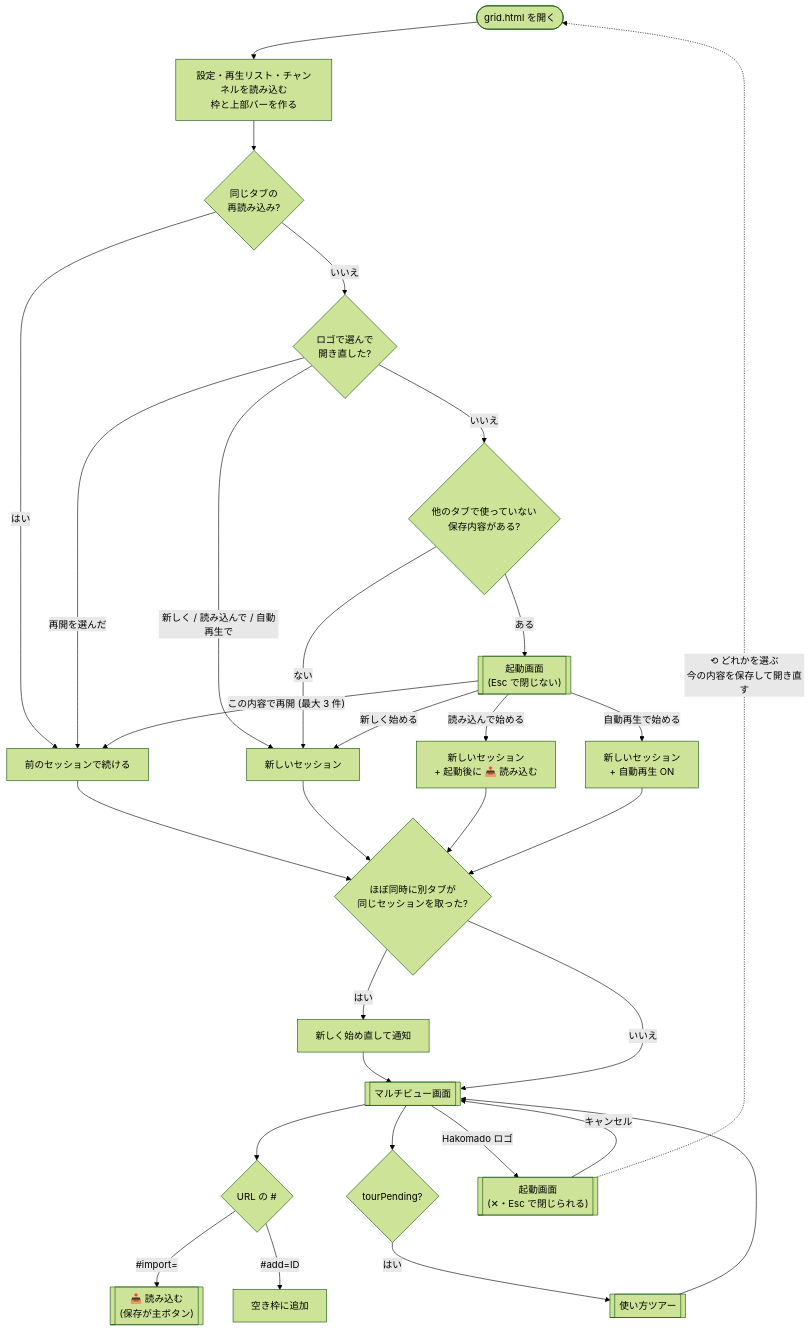
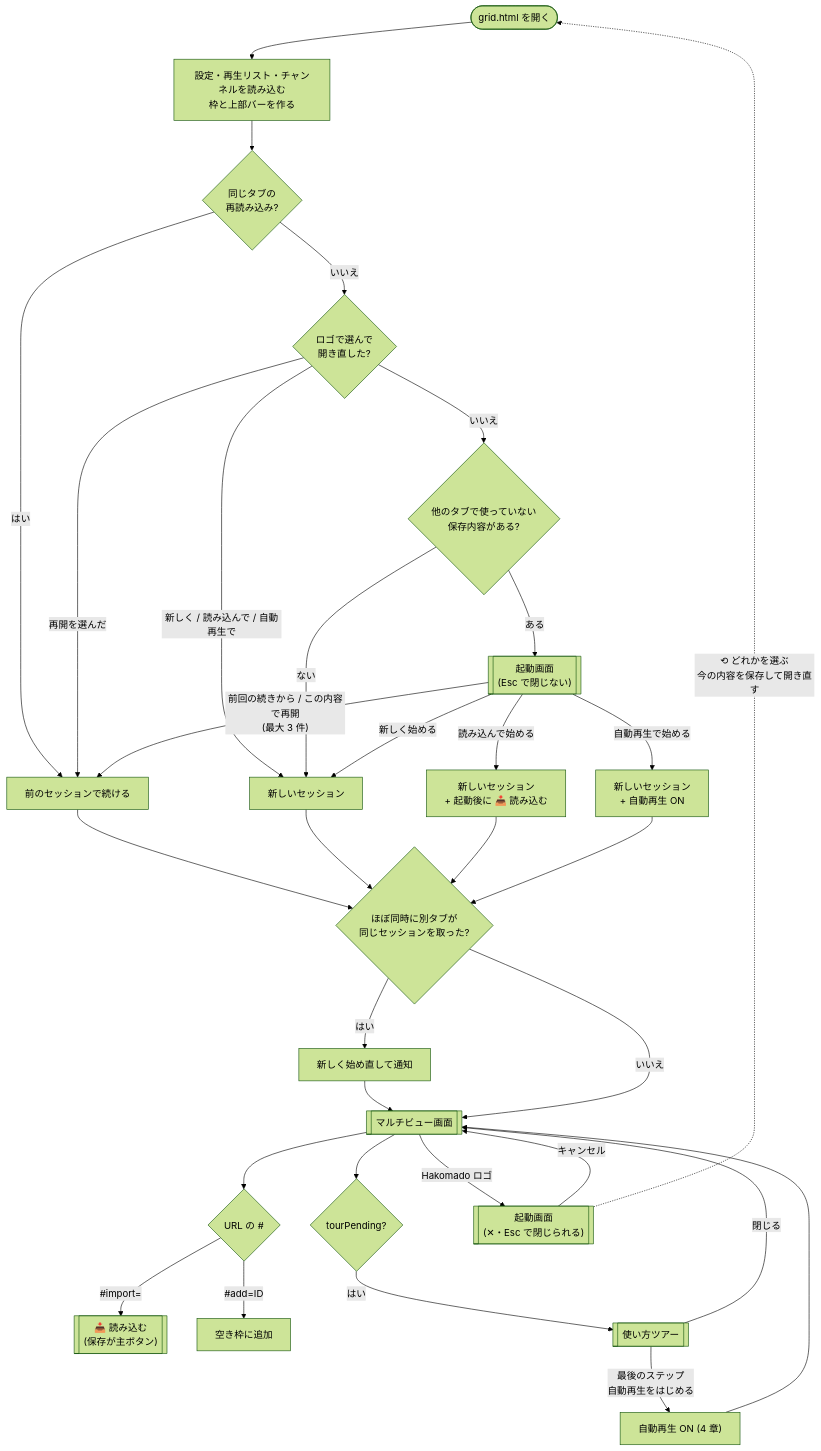
One commit to contee213/hakomado changed the second of 5 diagrams in docs/screen-flow.md. Above: the diagram before and after it, drawn with Mermaid (forest theme). The commit also changed other lines of this file and 4 other files, not shown here.

Commit message:
docs: 画面遷移図と画面項目・状態表の食い違いを直す

````diff
--- a/docs/screen-flow.md
+++ b/docs/screen-flow.md
@@ -40,27 +40,29 @@
 ```mermaid
 flowchart TD
   S(["grid.html を開く"]) --> M["設定・再生リスト・チャンネルを読み込む<br>枠と上部バーを作る"]
   M --> R1{"同じタブの<br>再読み込み?"}
   R1 -- "はい" --> RES["前のセッションで続ける"]
   R1 -- "いいえ" --> R2{"ロゴで選んで<br>開き直した?"}
   R2 -- "再開を選んだ" --> RES
   R2 -- "新しく / 読み込んで / 自動再生で" --> NEW["新しいセッション"]
   R2 -- "いいえ" --> R3{"他のタブで使っていない<br>保存内容がある?"}
   R3 -- "ない" --> NEW
   R3 -- "ある" --> SD[["起動画面<br>(Esc で閉じない)"]]
-  SD -- "この内容で再開 (最大 3 件)" --> RES
+  SD -- "前回の続きから / この内容で再開<br>(最大 3 件)" --> RES
   SD -- "新しく始める" --> NEW
   SD -- "読み込んで始める" --> NEWR["新しいセッション<br>+ 起動後に 📥 読み込む"]
   SD -- "自動再生で始める" --> NEWA["新しいセッション<br>+ 自動再生 ON"]
   RES & NEW & NEWR & NEWA --> CL{"ほぼ同時に別タブが<br>同じセッションを取った?"}
   CL -- "はい" --> NEW2["新しく始め直して通知"] --> MAIN
   CL -- "いいえ" --> MAIN[["マルチビュー画面"]]
   MAIN --> H{"URL の #"}
   H -- "#import=" --> RD[["📥 読み込む<br>(保存が主ボタン)"]]
   H -- "#add=ID" --> ADD["空き枠に追加"]
   MAIN --> T{"tourPending?"}
-  T -- "はい" --> TOUR[["使い方ツアー"]] --> MAIN
+  T -- "はい" --> TOUR[["使い方ツアー"]]
+  TOUR -- "閉じる" --> MAIN
+  TOUR -- "最後のステップ<br>自動再生をはじめる" --> AON["自動再生 ON (4 章)"] --> MAIN
   MAIN -- "Hakomado ロゴ" --> LG[["起動画面<br>(✕・Esc で閉じられる)"]]
   LG -- "キャンセル" --> MAIN
   LG -. "⟲ どれかを選ぶ<br>今の内容を保存して開き直す" .-> S
 ```
````
